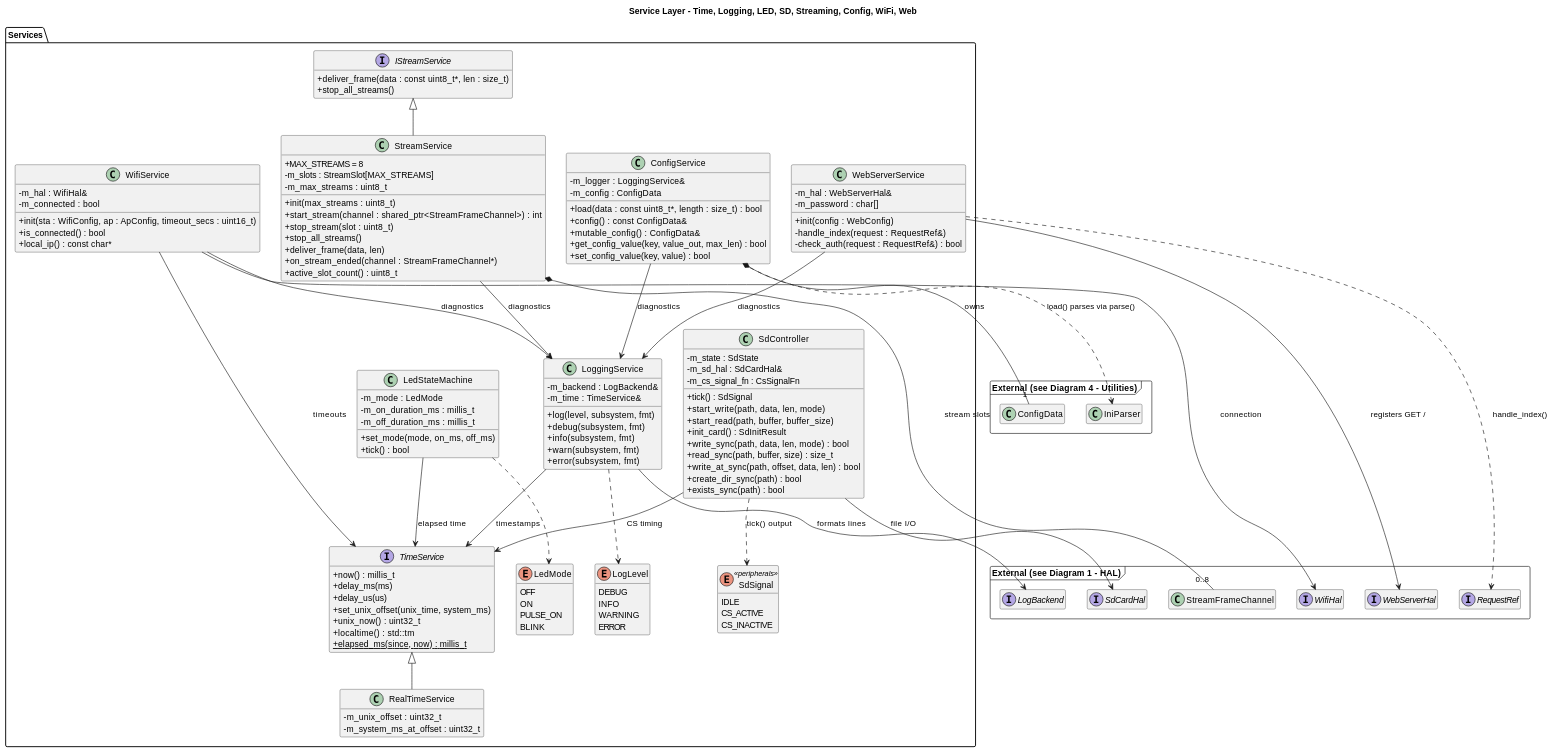
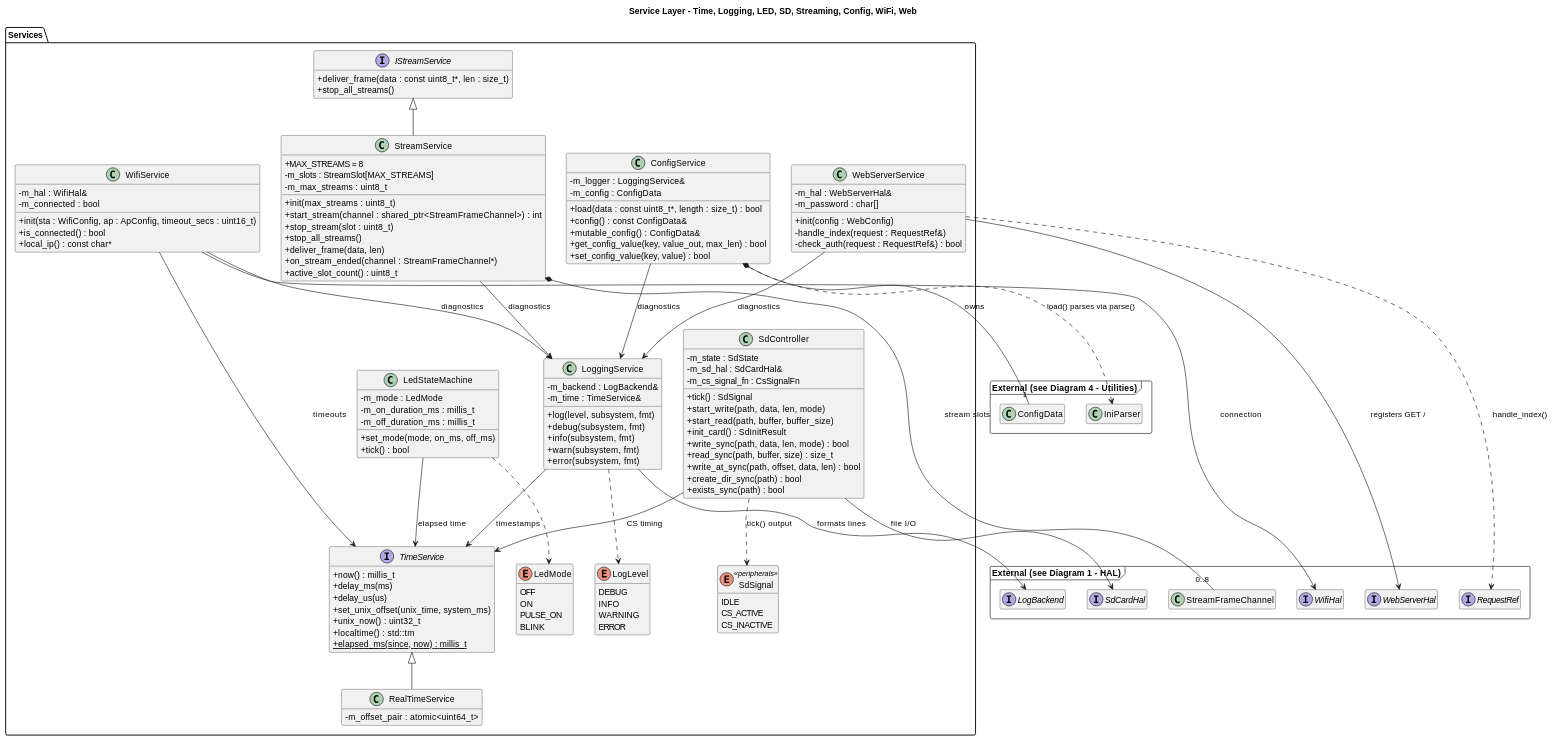
Before and after one commit to timwalsh41/micro-security-cam: the second of 9 diagrams in docs/SYSTEM_DESIGN.md, drawn with PlantUML. The commit also changed other lines of this file and 12 other files, not shown here.

```diff
--- a/docs/SYSTEM_DESIGN.md
+++ b/docs/SYSTEM_DESIGN.md
@@ -320,8 +320,7 @@
     }
 
     class RealTimeService {
-        -m_unix_offset : uint32_t
-        -m_system_ms_at_offset : uint32_t
+        -m_offset_pair : atomic<uint64_t>
     }
 
     enum LogLevel {
```
